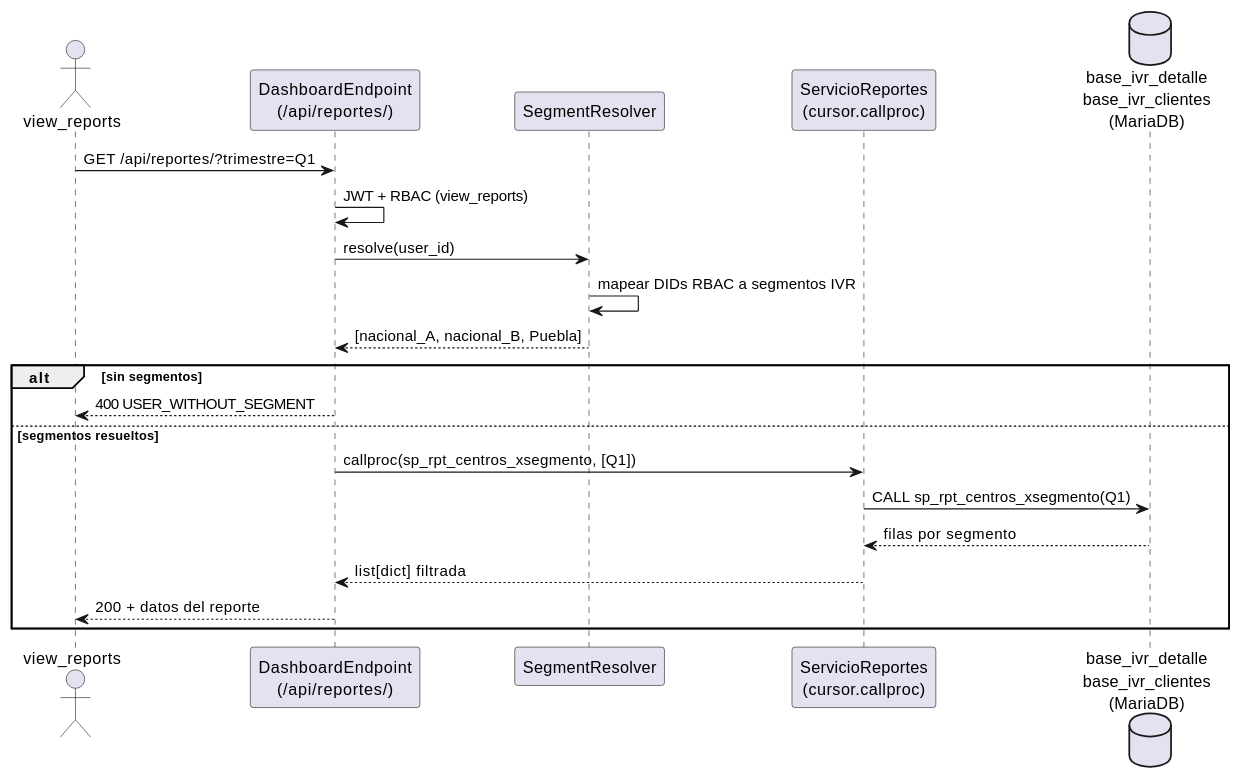
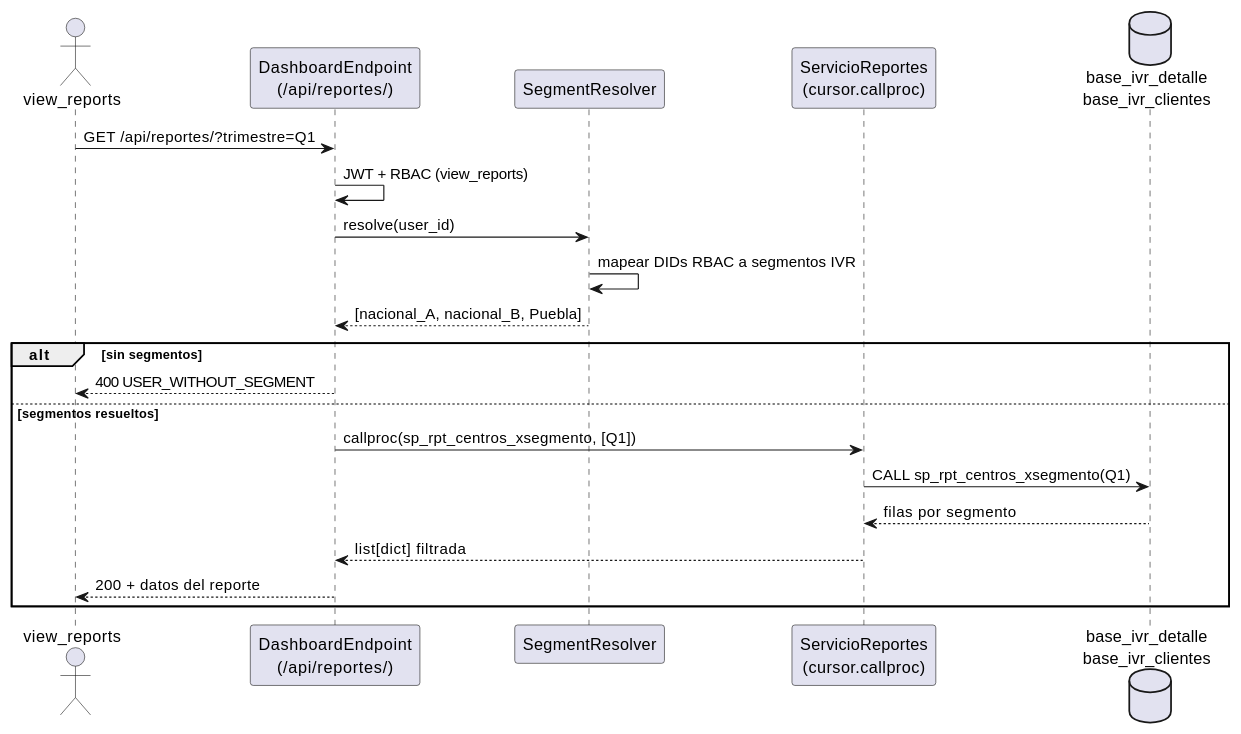
The diagram in source/arquitectura-tecnica/modulos/vis-reports/diagramas/secuencia-sp-rpt-flujo-completo.rst (jcg-admin/IACT-docs), drawn with PlantUML before and after one commit. The commit also changed 160 other files, not shown here.

```diff
--- a/source/arquitectura-tecnica/modulos/vis-reports/diagramas/secuencia-sp-rpt-flujo-completo.rst
+++ b/source/arquitectura-tecnica/modulos/vis-reports/diagramas/secuencia-sp-rpt-flujo-completo.rst
@@ -22,28 +22,28 @@
 .. uml::
- :caption: Secuencia de consulta de reporte IVR via cursor.callproc sobre MariaDB.
+ :caption: Secuencia de consulta de reporte IVR via cursor.callproc sobre Almacen de Datos.
 
  @startuml
 
  actor "view_reports" as view_reports
  participant "DashboardEndpoint\n(/api/reportes/)" as Dashboardendpoint
  participant "SegmentResolver" as Segmentresolver
  participant "ServicioReportes\n(cursor.callproc)" as Servicioreportes
- database "base_ivr_detalle\nbase_ivr_clientes\n(MariaDB)" as IVRDB
+ database "base_ivr_detalle\nbase_ivr_clientes" as IVRDB
 
  view_reports -> Dashboardendpoint : GET /api/reportes/?trimestre=Q1
  Dashboardendpoint -> Dashboardendpoint : JWT + RBAC (view_reports)
  Dashboardendpoint -> Segmentresolver : resolve(user_id)
  Segmentresolver -> Segmentresolver : mapear DIDs RBAC a segmentos IVR
  Segmentresolver --> Dashboardendpoint : [nacional_A, nacional_B, Puebla]
 
  alt sin segmentos
    Dashboardendpoint --> view_reports : 400 USER_WITHOUT_SEGMENT
  else segmentos resueltos
    Dashboardendpoint -> Servicioreportes : callproc(sp_rpt_centros_xsegmento, [Q1])
    Servicioreportes -> IVRDB : CALL sp_rpt_centros_xsegmento(Q1)
    IVRDB --> Servicioreportes : filas por segmento
    Servicioreportes --> Dashboardendpoint : list[dict] filtrada
    Dashboardendpoint --> view_reports : 200 + datos del reporte
  end
 
  @enduml
```
